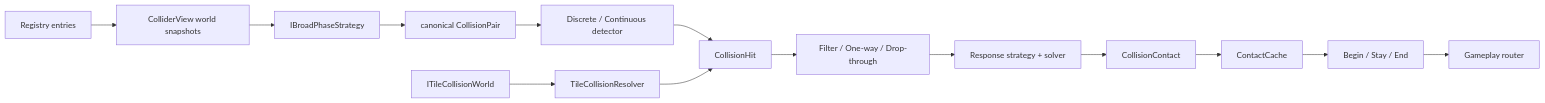
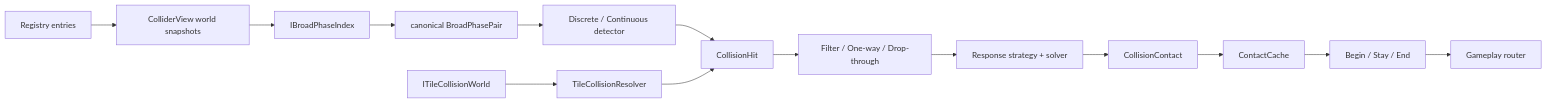
Before and after one commit to Akil0814/ElysiaEngine: the third of 3 diagrams in docs/subsystems/physics/02-target-architecture.md, drawn with Mermaid. The commit also changed other lines of this file and 42 other files, not shown here.

````diff
--- a/docs/subsystems/physics/02-target-architecture.md
+++ b/docs/subsystems/physics/02-target-architecture.md
@@ -170,17 +172,17 @@
 ```mermaid
 flowchart LR
     R[Registry entries] --> V[ColliderView world snapshots]
-    V --> B[IBroadPhaseStrategy]
-    B --> P[canonical CollisionPair]
+    V --> B[IBroadPhaseIndex]
+    B --> P[canonical BroadPhasePair]
     P --> D[Discrete / Continuous detector]
     D --> H[CollisionHit]
     H --> F[Filter / One-way / Drop-through]
     F --> S[Response strategy + solver]
     S --> C[CollisionContact]
     C --> K[ContactCache]
     K --> E[Begin / Stay / End]
     E --> G[Gameplay router]
 
     T[ITileCollisionWorld] --> TR[TileCollisionResolver]
     TR --> H
 ```
````
